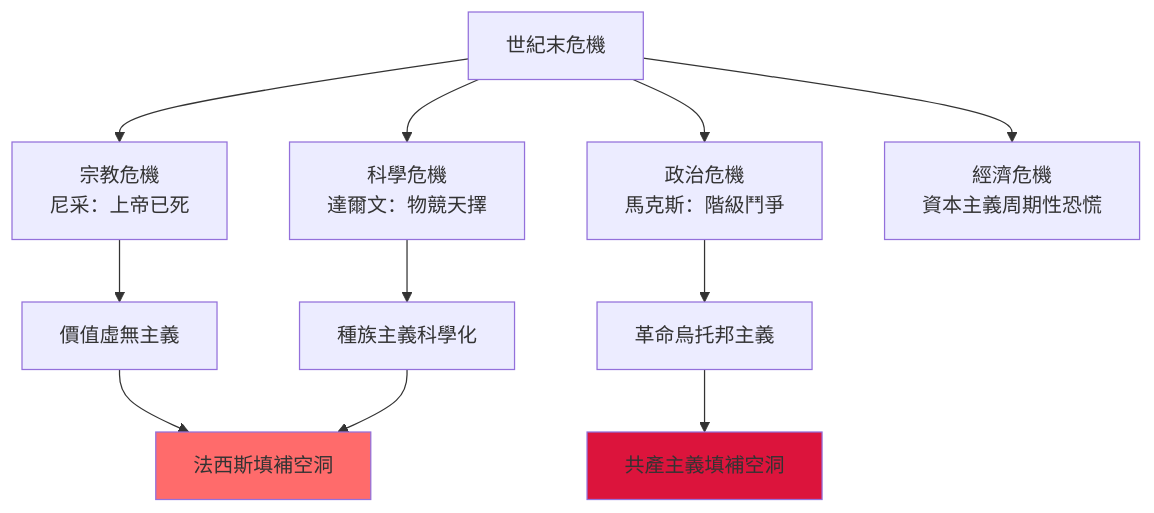
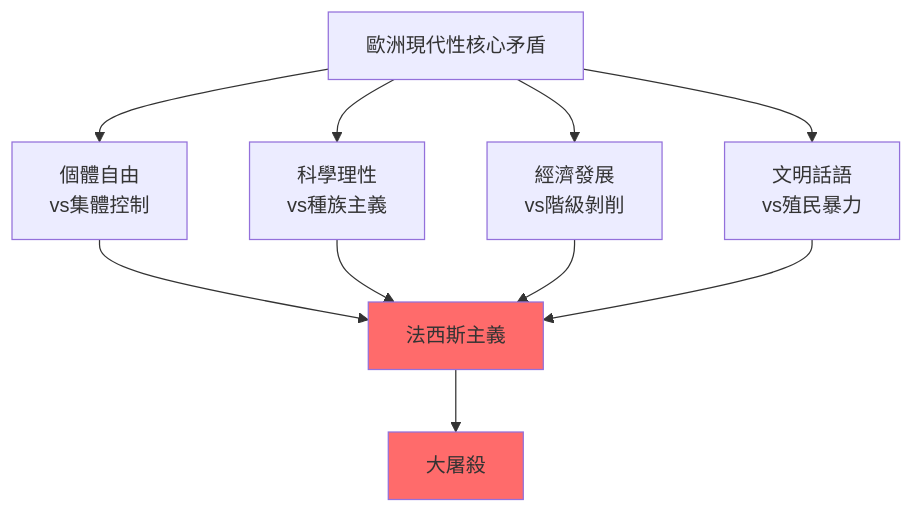
Before and after one commit to yip-lgtm/HKU-Harvard-History-Self-Study: the seventh of 10 diagrams in 01_HKU_Courses/HIST2063_Europe_and_modernity.md, drawn with Mermaid. The commit also changed other lines of this file and 25 other files, not shown here.

````diff
--- a/01_HKU_Courses/HIST2063_Europe_and_modernity.md
+++ b/01_HKU_Courses/HIST2063_Europe_and_modernity.md
@@ -197,15 +303,14 @@
 ```mermaid
 graph TD
-    A["世紀末危機"] --> B["宗教危機<br/>尼采：上帝已死"]
-    A --> C["科學危機<br/>達爾文：物競天擇"]
-    A --> D["政治危機<br/>馬克斯：階級鬥爭"]
-    A --> E["經濟危機<br/>資本主義周期性恐慌"]
-    B --> F["價值虛無主義"]
-    C --> G["種族主義科學化"]
-    D --> H["革命烏托邦主義"]
-    F --> I["法西斯填補空洞"]
-    G --> I
-    H --> J["共產主義填補空洞"]
-    style I fill:#FF6B6B
-    style J fill:#DC143C
+    A["歐洲現代性核心矛盾"] --> B["個體自由<br/>vs集體控制"]
+    A --> C["科學理性<br/>vs種族主義"]
+    A --> D["經濟發展<br/>vs階級剝削"]
+    A --> E["文明話語<br/>vs殖民暴力"]
+    B --> F["法西斯主義"]
+    C --> F
+    D --> F
+    E --> F
+    F --> G["大屠殺"]
+    style G fill:#FF6B6B
+    style F fill:#FF6B6B
 ```
````
